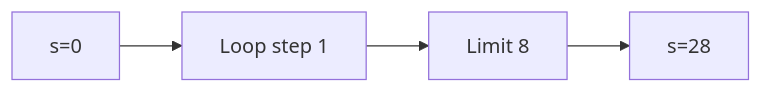
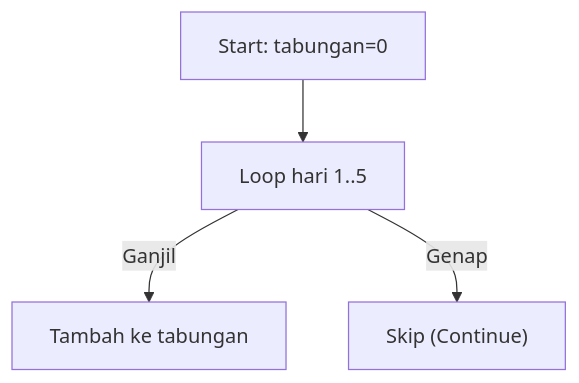
One commit to amnahwaida/OSNK_INF_PREP changed the ninth of 25 diagrams in part-c-pemahaman-cpp/03-perulangan/latihan/set-12.md. Above: the diagram before and after it, drawn with Mermaid. The commit also changed other lines of this file and 71 other files, not shown here.

````diff
--- a/part-c-pemahaman-cpp/03-perulangan/latihan/set-12.md
+++ b/part-c-pemahaman-cpp/03-perulangan/latihan/set-12.md
@@ -237,6 +280,6 @@
 ```mermaid
-graph LR
-A["s=0"] --> B["Loop step 1"]
-B --> C["Limit 8"]
-C --> D["s=28"]
+graph TD
+A["Start: tabungan=0"] --> B["Loop hari 1..5"]
+B -- Ganjil --> C["Tambah ke tabungan"]
+B -- Genap --> D["Skip (Continue)"]
 ```
````
